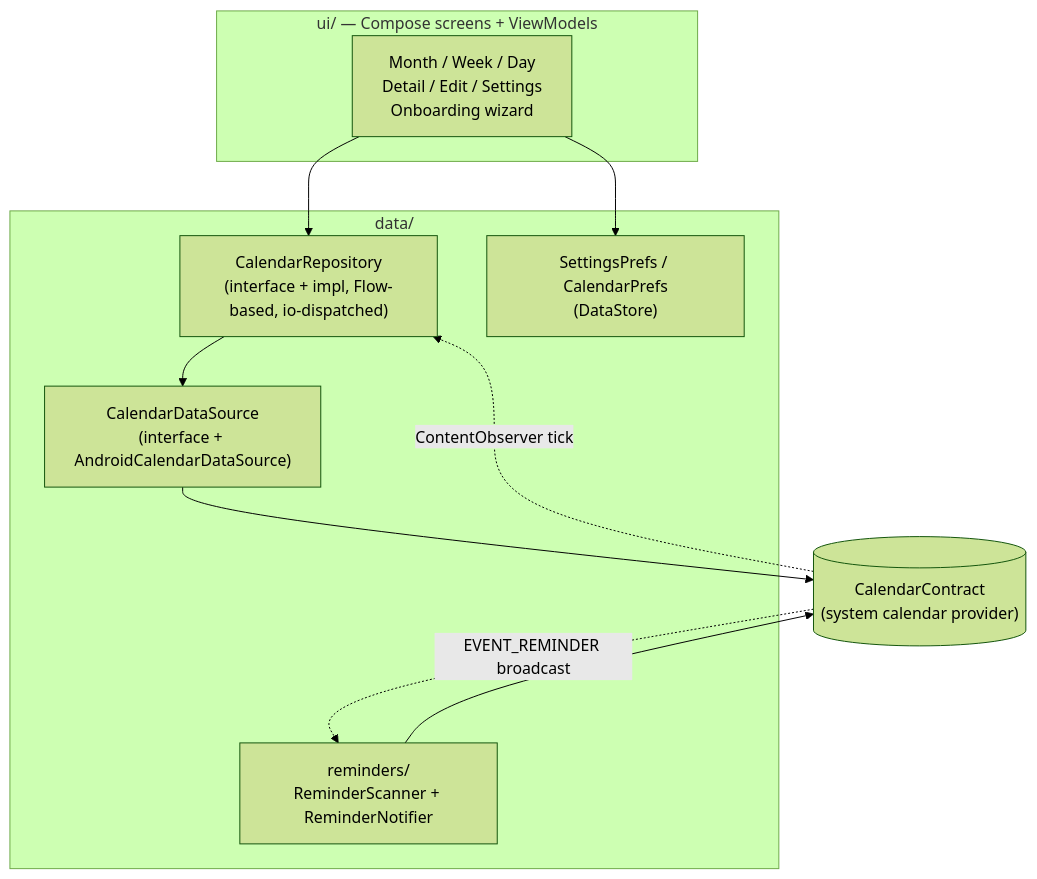
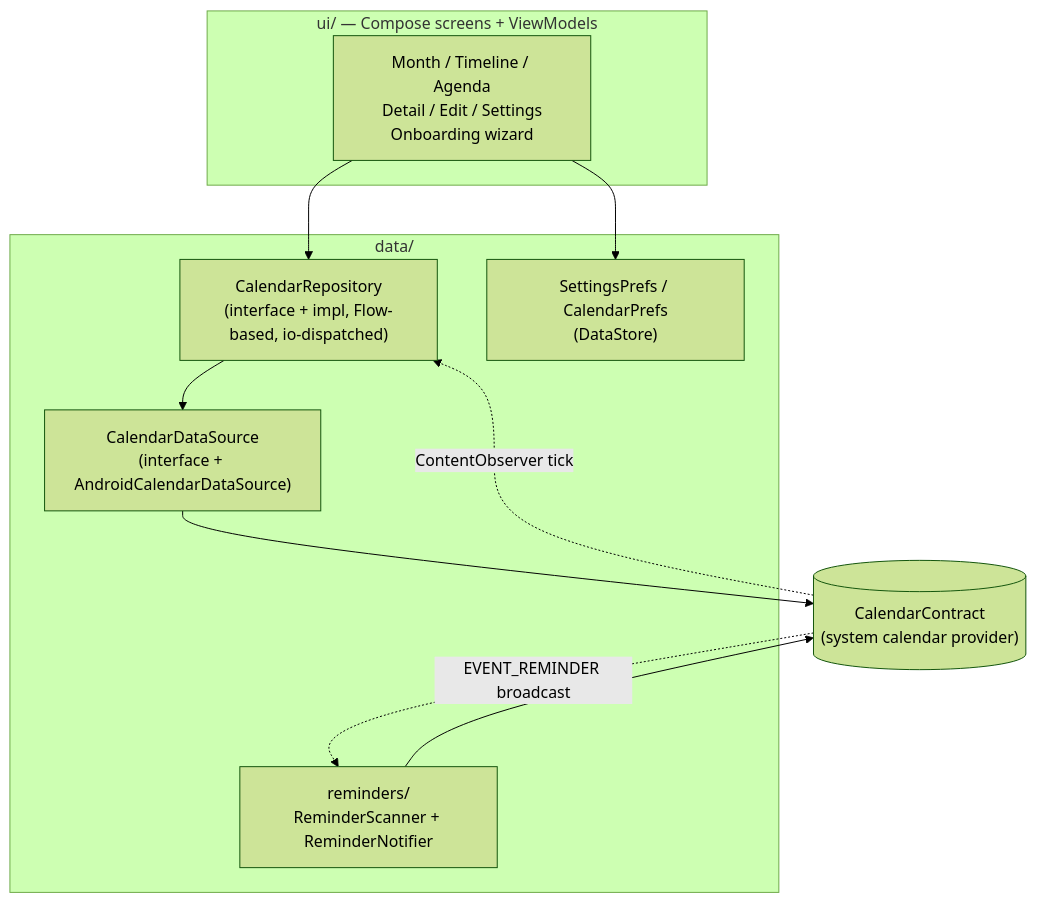
Before and after one commit to Shiho-Patch/Calendula: the first of 2 diagrams in docs/ARCHITECTURE.md, drawn with Mermaid (forest theme). The commit also changed other lines of this file and 226 other files, not shown here.

````diff
--- a/docs/ARCHITECTURE.md
+++ b/docs/ARCHITECTURE.md
@@ -27,21 +27,21 @@
 ```mermaid
 flowchart TD
     subgraph UI ["ui/ — Compose screens + ViewModels"]
-        Screens["Month / Week / Day\nDetail / Edit / Settings\nOnboarding wizard"]
+        Screens["Month / Timeline / Agenda\nDetail / Edit / Settings\nOnboarding wizard"]
     end
     subgraph Data ["data/"]
         Repo["CalendarRepository\n(interface + impl, Flow-based, io-dispatched)"]
         DS["CalendarDataSource\n(interface + AndroidCalendarDataSource)"]
         Prefs["SettingsPrefs / CalendarPrefs\n(DataStore)"]
         Rem["reminders/\nReminderScanner + ReminderNotifier"]
     end
     Provider[("CalendarContract\n(system calendar provider)")]
 
     Screens --> Repo
     Screens --> Prefs
     Repo --> DS
     DS --> Provider
     Provider -. "ContentObserver tick" .-> Repo
     Provider -. "EVENT_REMINDER broadcast" .-> Rem
     Rem --> Provider
 ```
````
